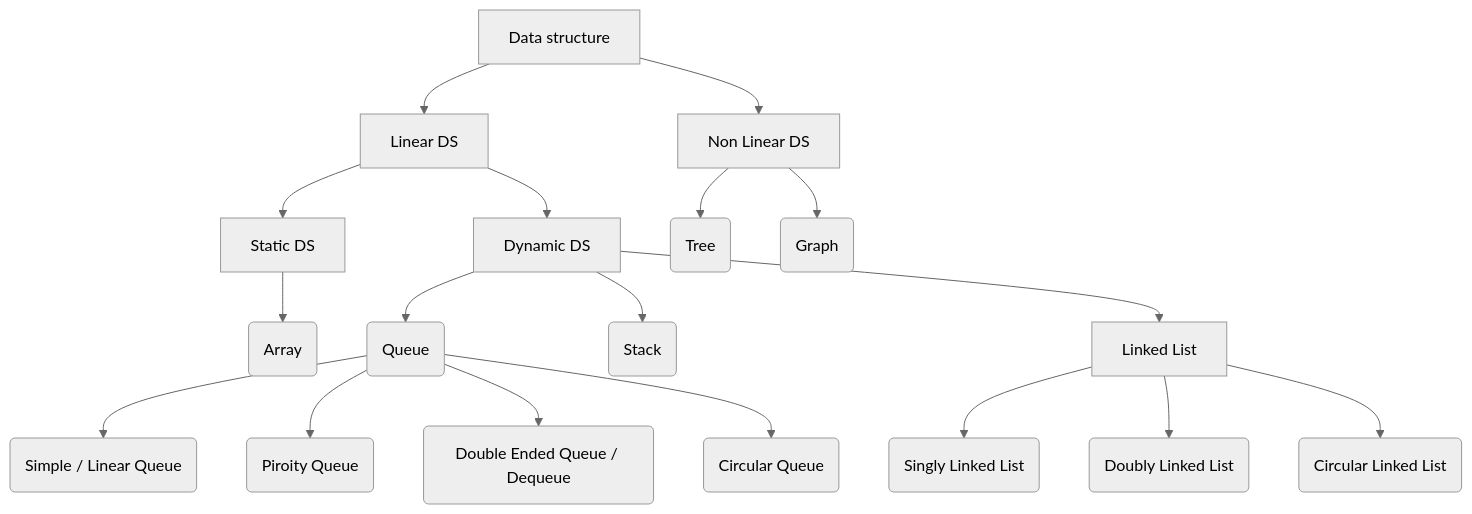
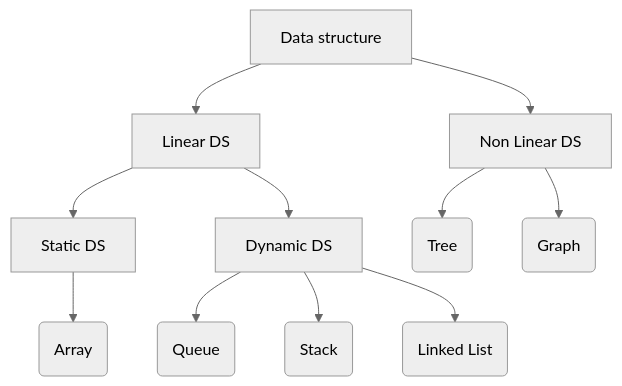
Before and after one commit to thejunghare/DataStructure: the diagram in README.md, drawn with Mermaid (neutral theme).

````diff
--- a/README.md
+++ b/README.md
@@ -14,20 +14,13 @@
 ```mermaid
 graph TD
     A[Data structure] --> B(Linear)
     A[Data structure] --> C(Non-Linear)
     B[Linear DS] --> D(Static DS)
     B[Linear DS] --> E(Dyamic DS)
     D[Static DS] --> H(Array)
-    I[Queue] --> O(Simple / Linear Queue)
-    I[Queue] --> P(Piroity Queue)
-    I[Queue] --> Q(Double Ended Queue / Dequeue)
-    I[Queue] --> R(Circular Queue)
     E[Dynamic DS] --> I(Queue)
     E[Dynamic DS] --> J(Stack)
     E[Dynamic DS] --> K(Linked List)
-    K[Linked List] --> L(Singly Linked List)
-    K[Linked List] --> M(Doubly Linked List)
-    K[Linked List] --> N(Circular Linked List)
     C[Non Linear DS] --> F(Tree)
     C[Non Linear DS] --> G(Graph)
 ```
````
